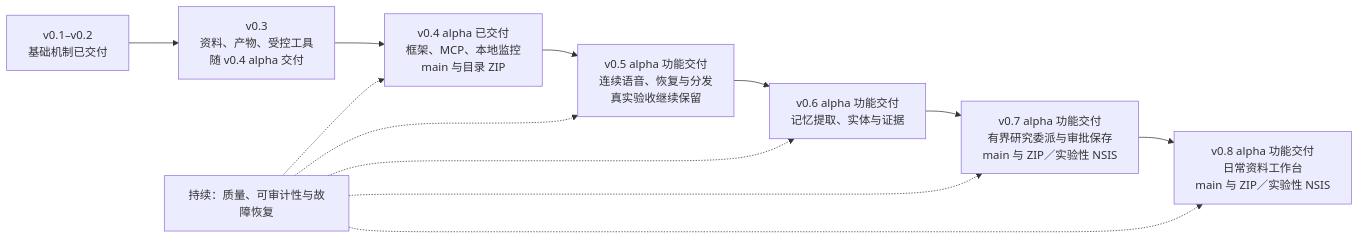
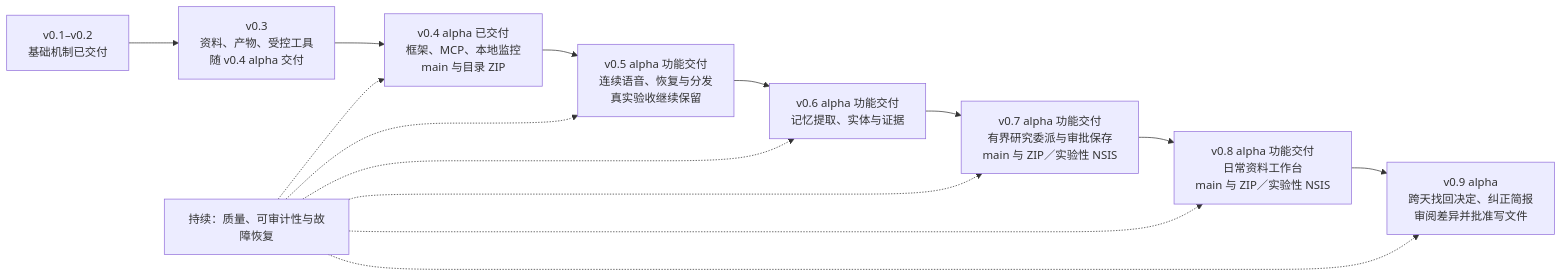
One commit to MuzeAnisichael/GreatSage changed the diagram in docs/roadmap.md. Above: the diagram before and after it, drawn with Mermaid. The commit also changed other lines of this file and 9 other files, not shown here.

````diff
--- a/docs/roadmap.md
+++ b/docs/roadmap.md
@@ -19,14 +20,16 @@
 ```mermaid
 flowchart LR
     A["v0.1–v0.2<br/>基础机制已交付"] --> B["v0.3<br/>资料、产物、受控工具<br/>随 v0.4 alpha 交付"]
     B --> C["v0.4 alpha 已交付<br/>框架、MCP、本地监控<br/>main 与目录 ZIP"]
     C --> D["v0.5 alpha 功能交付<br/>连续语音、恢复与分发<br/>真实验收继续保留"]
     D --> E["v0.6 alpha 功能交付<br/>记忆提取、实体与证据"]
     E --> F["v0.7 alpha 功能交付<br/>有界研究委派与审批保存<br/>main 与 ZIP／实验性 NSIS"]
     F --> G["v0.8 alpha 功能交付<br/>日常资料工作台<br/>main 与 ZIP／实验性 NSIS"]
+    G --> H["v0.9 alpha<br/>跨天找回决定、纠正简报<br/>审阅差异并批准写文件"]
     R["持续：质量、可审计性与故障恢复"] -.-> C
     R -.-> D
     R -.-> E
     R -.-> F
     R -.-> G
+    R -.-> H
 ```
````
